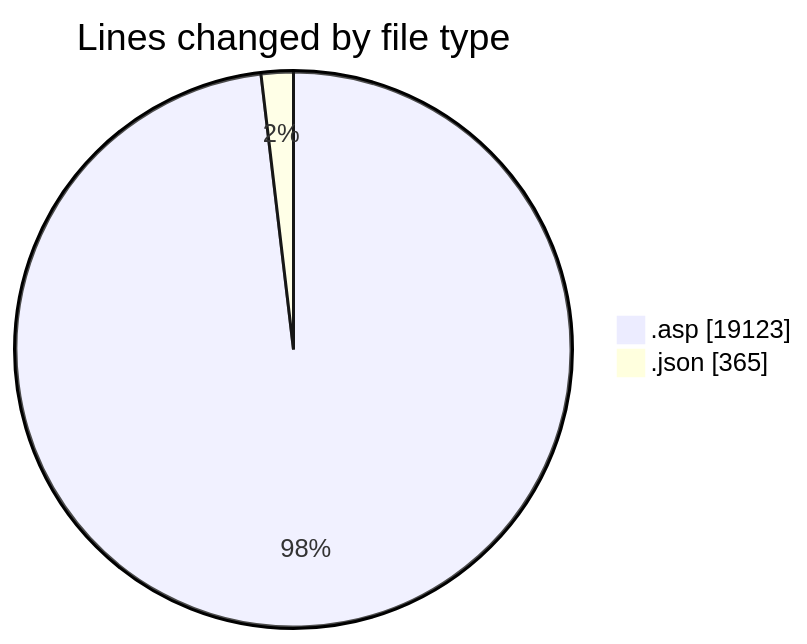
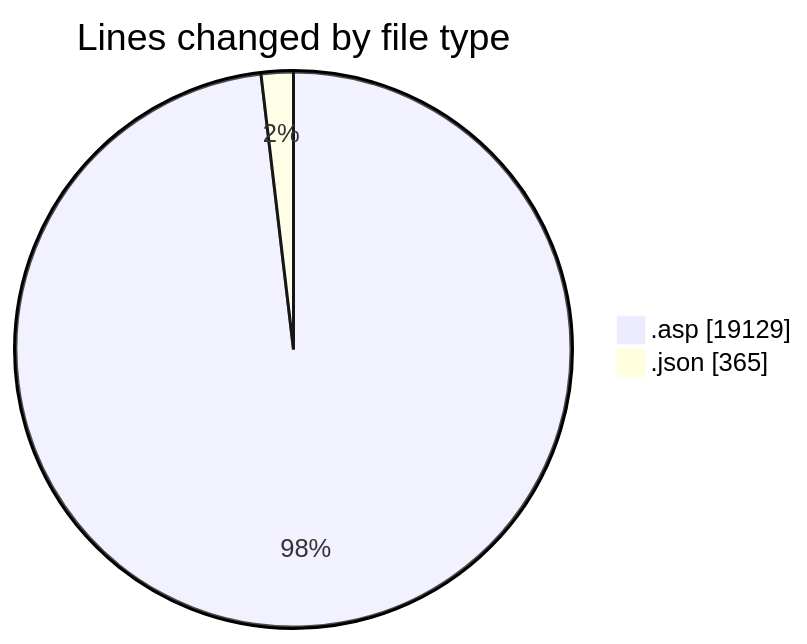
Before and after one commit to julien-gomy/code-tracking: the first of 2 diagrams in 2025-11-01/cdp_aleoudev_fr__workspace_/README.md, drawn with Mermaid. The commit also changed other lines of this file and 1 other file, not shown here.

````diff
--- a/2025-11-01/cdp_aleoudev_fr__workspace_/README.md
+++ b/2025-11-01/cdp_aleoudev_fr__workspace_/README.md
@@ -28,6 +28,6 @@
 ```mermaid
 pie showData
 title Lines changed by file type
-".asp" : 19123
+".asp" : 19129
 ".json" : 365
 ```
````
